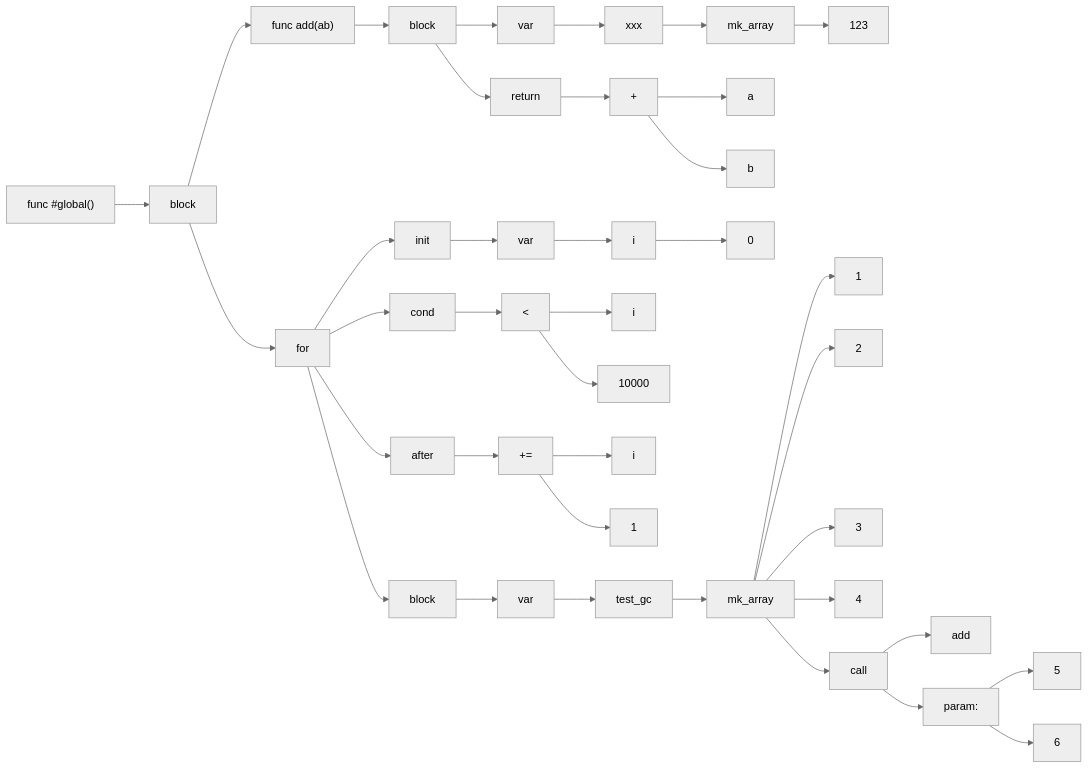
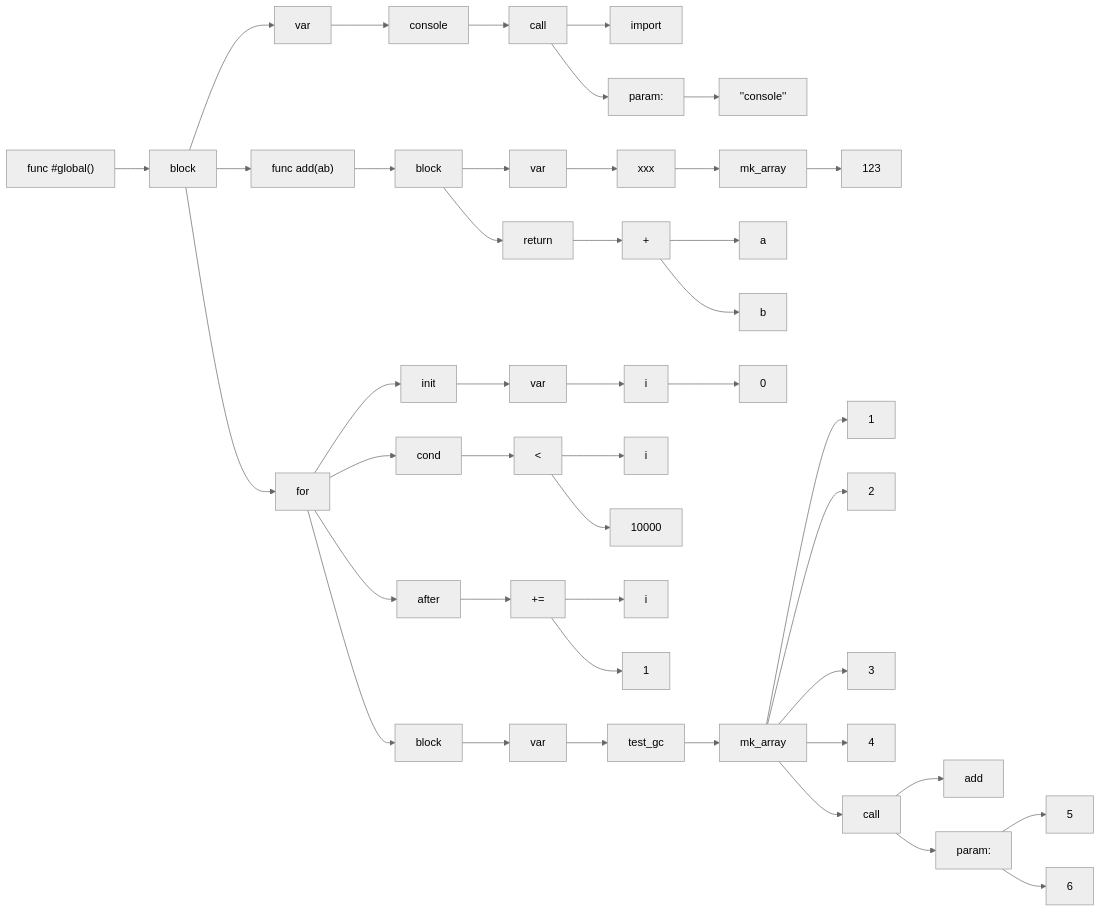
The diagram in graph.md (rick-200/Rapid), drawn with Mermaid (neutral theme) before and after one commit. The commit also changed 16 other files, not shown here.

````diff
--- a/graph.md
+++ b/graph.md
@@ -2,77 +2,89 @@
 graph LR
 1["func #global()"]
 2["block"]
-3["func add(ab)"]
-4["block"]
-5["var"]
-6["xxx"]
+3["var"]
+4["console"]
+3-->4
+5["call"]
+6["import"]
 5-->6
-7["mk_array"]
-8["123"]
+7["param:"]
+5-->7
+8["''console''"]
 7-->8
-6-->7
 4-->5
-9["return"]
-A["+"]
-B["a"]
-C["b"]
+2-->3
+9["func add(ab)"]
+A["block"]
+B["var"]
+C["xxx"]
+B-->C
+D["mk_array"]
+E["123"]
+D-->E
+C-->D
 A-->B
-A-->C
+F["return"]
+10["+"]
+11["a"]
+12["b"]
+10-->11
+10-->12
+F-->10
+A-->F
 9-->A
-4-->9
-3-->4
-2-->3
-D["for"]
-E["init"]
-D-->E
-F["var"]
-10["i"]
-F-->10
-11["0"]
-10-->11
-E-->F
-12["cond"]
-D-->12
-13["<"]
-14["i"]
-15["10000"]
+2-->9
+13["for"]
+14["init"]
 13-->14
-13-->15
-12-->13
-16["after"]
-D-->16
-17["+="]
-18["i"]
-19["1"]
-17-->18
-17-->19
+15["var"]
+16["i"]
+15-->16
+17["0"]
 16-->17
-1A["block"]
-1B["var"]
-1C["test_gc"]
-1B-->1C
-1D["mk_array"]
-1E["1"]
+14-->15
+18["cond"]
+13-->18
+19["<"]
+1A["i"]
+1B["10000"]
+19-->1A
+19-->1B
+18-->19
+1C["after"]
+13-->1C
+1D["+="]
+1E["i"]
+1F["1"]
 1D-->1E
-1F["2"]
 1D-->1F
-20["3"]
-1D-->20
-21["4"]
-1D-->21
-22["call"]
-23["add"]
+1C-->1D
+20["block"]
+21["var"]
+22["test_gc"]
+21-->22
+23["mk_array"]
+24["1"]
+23-->24
+25["2"]
+23-->25
+26["3"]
+23-->26
+27["4"]
+23-->27
+28["call"]
+29["add"]
+28-->29
+2A["param:"]
+28-->2A
+2B["5"]
+2A-->2B
+2C["6"]
+2A-->2C
+23-->28
 22-->23
-24["param:"]
-22-->24
-25["5"]
-24-->25
-26["6"]
-24-->26
-1D-->22
-1C-->1D
-1A-->1B
-D-->1A
-2-->D
+20-->21
+13-->20
+2-->13
 1-->2
 ```
````
